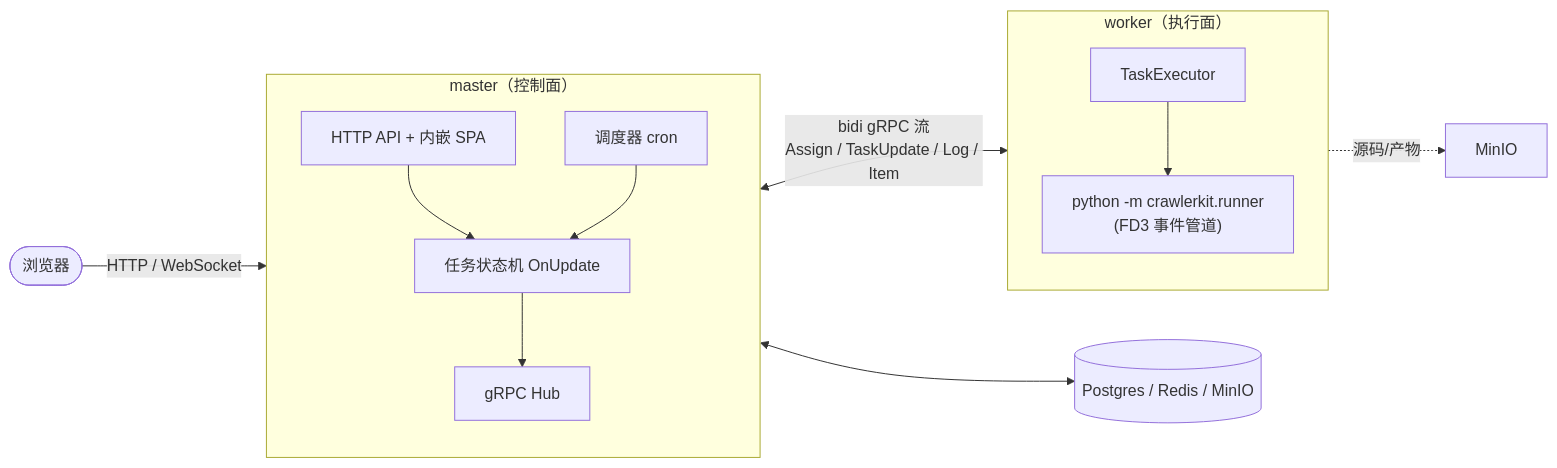
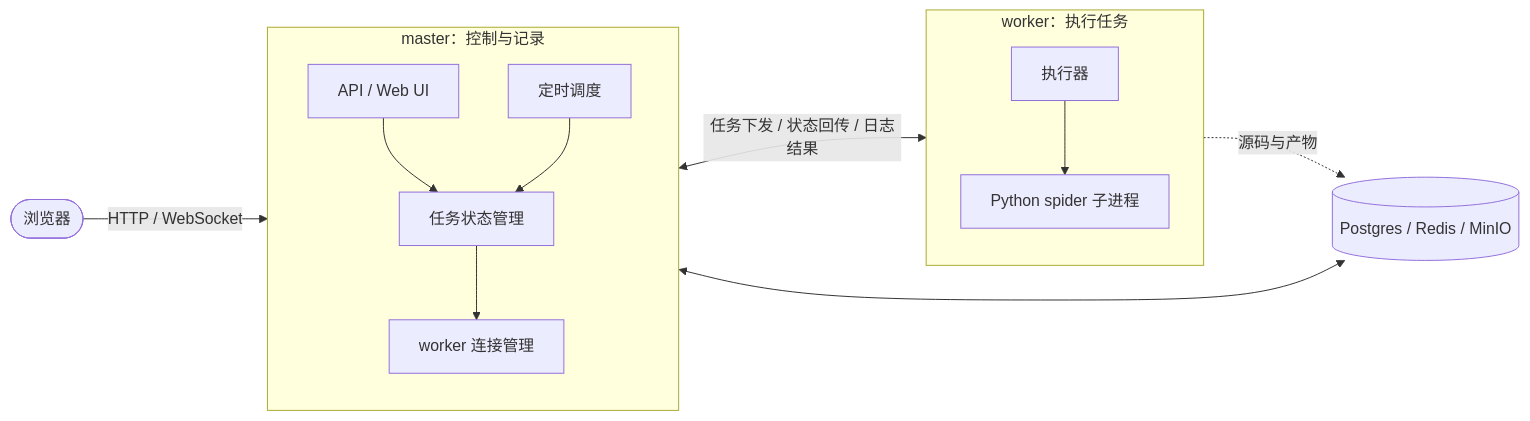
The first of 2 diagrams in docs/DESIGN.md (ForbiddenR/crawler-lite), drawn with Mermaid before and after one commit. The commit also changed other lines of this file and 1 other file, not shown here.

````diff
--- a/docs/DESIGN.md
+++ b/docs/DESIGN.md
@@ -24,27 +24,27 @@
 ```mermaid
 flowchart LR
-  subgraph Master["master（控制面）"]
+  subgraph Master["master：控制与记录"]
     direction TB
-    API["HTTP API + 内嵌 SPA"]
-    SCHED["调度器 cron"]
-    TASK["任务状态机 OnUpdate"]
-    HUB["gRPC Hub"]
-    API --> TASK
-    SCHED --> TASK
-    TASK --> HUB
+    API["API / Web UI"]
+    SCHED["定时调度"]
+    STATE["任务状态管理"]
+    HUB["worker 连接管理"]
+    API --> STATE
+    SCHED --> STATE
+    STATE --> HUB
   end
 
-  subgraph Worker["worker（执行面）"]
+  subgraph Worker["worker：执行任务"]
     direction TB
-    EXEC["TaskExecutor"]
-    PY["python -m crawlerkit.runner\n(FD3 事件管道)"]
+    EXEC["执行器"]
+    PY["Python spider 子进程"]
     EXEC --> PY
   end
 
-  DB[("Postgres / Redis / MinIO")]
+  STORE[("Postgres / Redis / MinIO")]
 
   Browser([浏览器]) -->|HTTP / WebSocket| API
-  HUB <-->|bidi gRPC 流\nAssign / TaskUpdate / Log / Item| EXEC
-  Master <--> DB
-  Worker -.源码/产物.-> MinIO
+  HUB <-->|任务下发 / 状态回传 / 日志结果| EXEC
+  Master <--> STORE
+  Worker -.源码与产物.-> STORE
 ```
````
